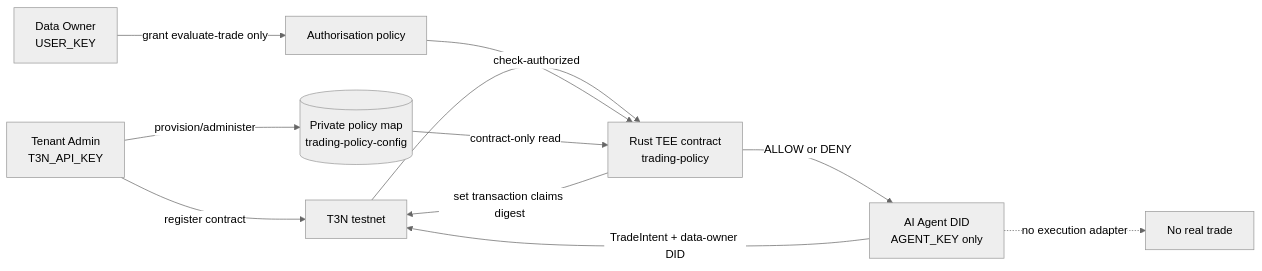
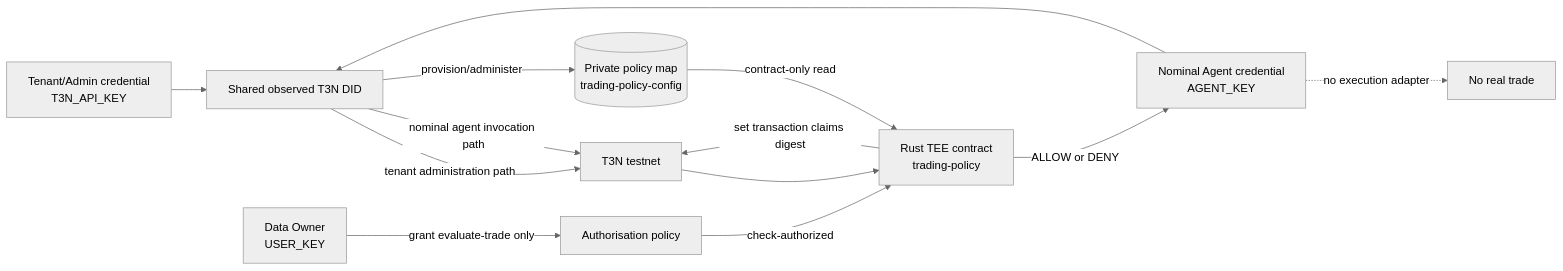
Before and after one commit to zhaofeipeter/secure-trading-policy-agent: the diagram in README.md, drawn with Mermaid (neutral theme). The commit also changed other lines of this file and 8 other files, not shown here.

````diff
--- a/README.md
+++ b/README.md
@@ -9,13 +9,15 @@
 ```mermaid
 flowchart LR
-    Admin[Tenant Admin<br/>T3N_API_KEY] -->|register contract| T[T3N testnet]
-    Admin -->|provision/administer| KV[(Private policy map<br/>trading-policy-config)]
+    Admin[Tenant/Admin credential<br/>T3N_API_KEY] --> Shared[Shared observed T3N DID]
+    Agent[Nominal Agent credential<br/>AGENT_KEY] --> Shared
+    Shared -->|tenant administration path| T[T3N testnet]
+    Shared -->|nominal agent invocation path| T
+    Shared -->|provision/administer| KV[(Private policy map<br/>trading-policy-config)]
     User[Data Owner<br/>USER_KEY] -->|grant evaluate-trade only| Auth[Authorisation policy]
-    Agent[AI Agent DID<br/>AGENT_KEY only] -->|TradeIntent + data-owner DID| T
     T --> C[Rust TEE contract<br/>trading-policy]
     Auth -->|check-authorized| C
     KV -->|contract-only read| C
     C -->|ALLOW or DENY| Agent
     C -->|set transaction claims digest| T
     Agent -. no execution adapter .-> X[No real trade]
 ```
````
